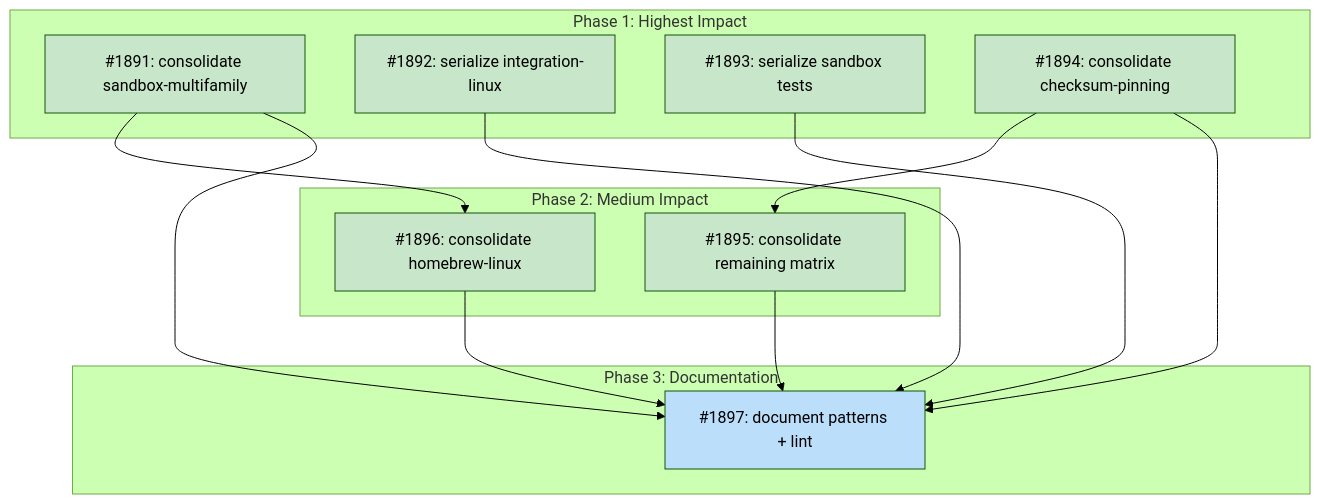
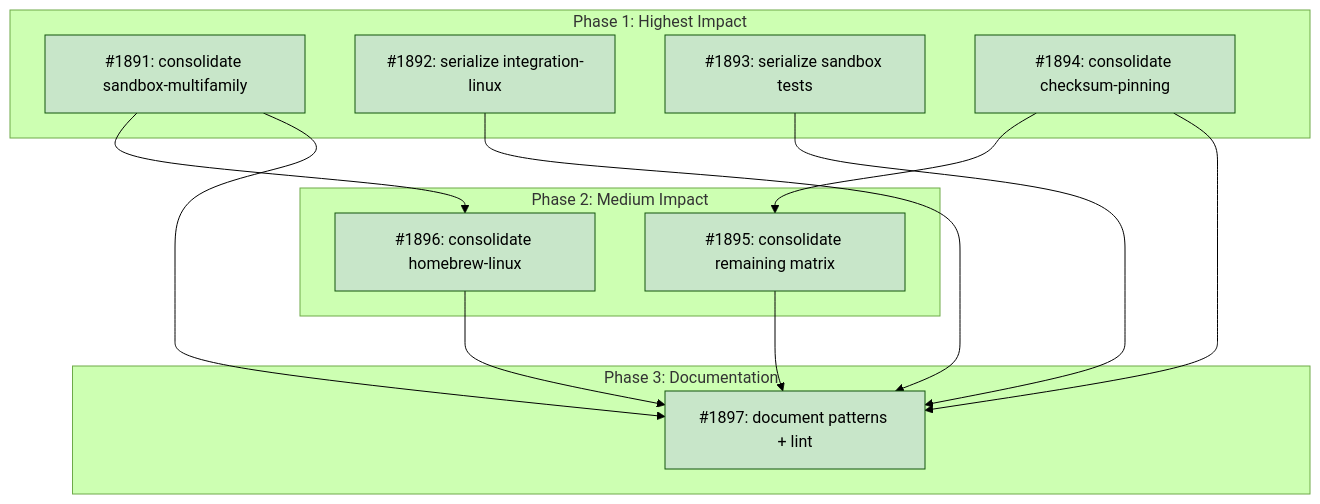
Before and after one commit to tsukumogami/tsuku: the diagram in docs/designs/DESIGN-ci-job-consolidation.md, drawn with Mermaid (forest theme). The commit also changed other lines of this file and 4 other files, not shown here.

````diff
--- a/docs/designs/DESIGN-ci-job-consolidation.md
+++ b/docs/designs/DESIGN-ci-job-consolidation.md
@@ -57,36 +57,35 @@
 ```mermaid
 graph TD
     subgraph Phase1["Phase 1: Highest Impact"]
         I1891["#1891: consolidate sandbox-multifamily"]
         I1892["#1892: serialize integration-linux"]
         I1893["#1893: serialize sandbox tests"]
         I1894["#1894: consolidate checksum-pinning"]
     end
 
     subgraph Phase2["Phase 2: Medium Impact"]
         I1895["#1895: consolidate remaining matrix"]
         I1896["#1896: consolidate homebrew-linux"]
     end
 
     subgraph Phase3["Phase 3: Documentation"]
         I1897["#1897: document patterns + lint"]
     end
 
     I1894 --> I1895
     I1891 --> I1896
     I1891 --> I1897
     I1892 --> I1897
     I1893 --> I1897
     I1894 --> I1897
     I1895 --> I1897
     I1896 --> I1897
 
     classDef done fill:#c8e6c9
     classDef ready fill:#bbdefb
     classDef blocked fill:#fff9c4
     classDef needsDesign fill:#e1bee7
     classDef tracksDesign fill:#FFE0B2,stroke:#F57C00,color:#000
 
-    class I1891,I1892,I1893,I1894,I1895,I1896 done
-    class I1897 ready
+    class I1891,I1892,I1893,I1894,I1895,I1896,I1897 done
 ```
````
